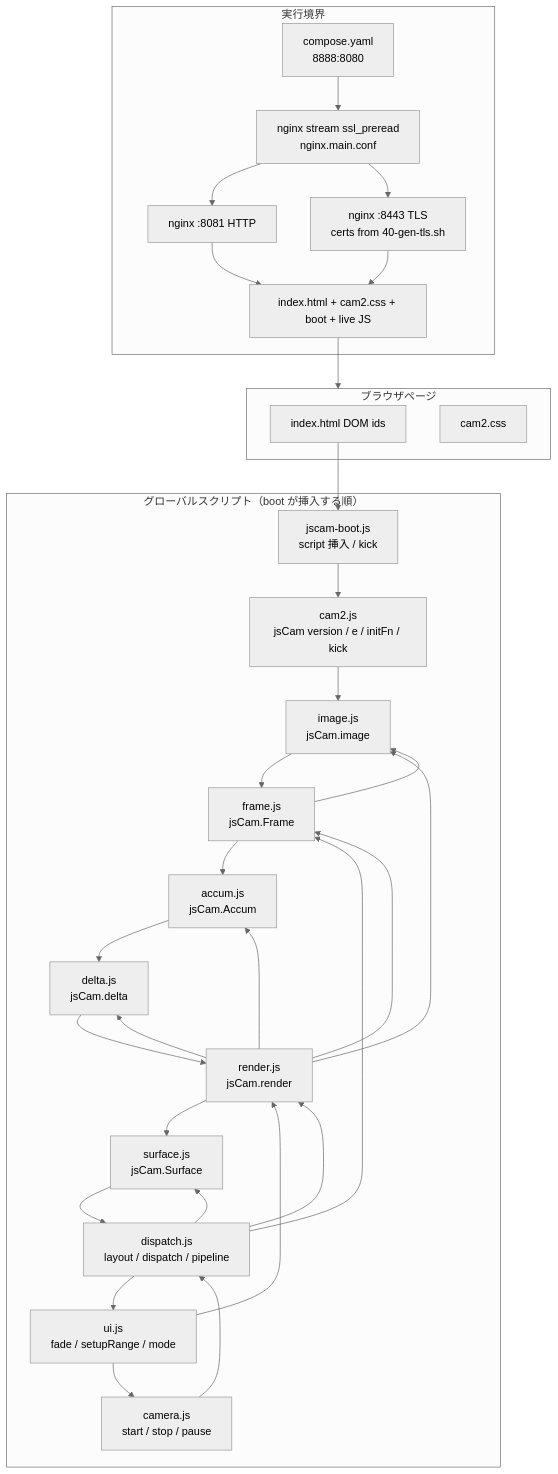
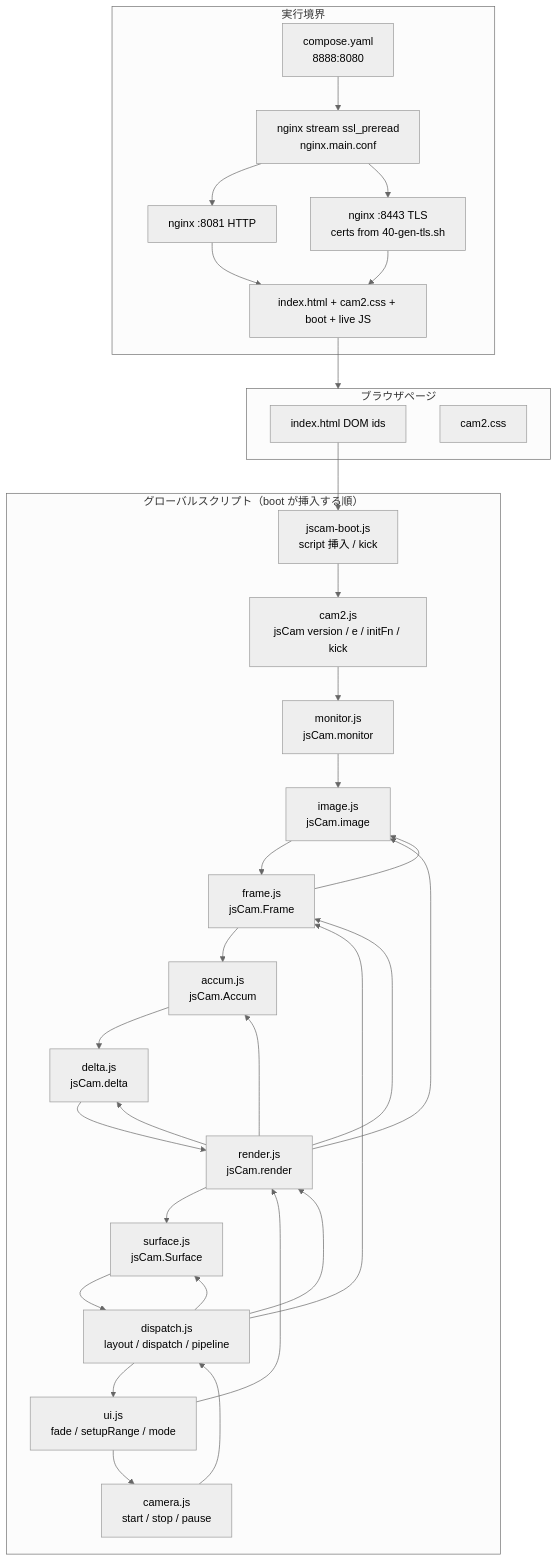
Before and after one commit to mfujimoto-code/JSCam: the first of 4 diagrams in jscam/cam2-design.md, drawn with Mermaid (neutral theme). The commit also changed other lines of this file and 1 other file, not shown here.

Commit message:
docs: sync design to monitor, convert, and drop UV:RG

````diff
--- a/jscam/cam2-design.md
+++ b/jscam/cam2-design.md
@@ -166,50 +167,51 @@
 ```mermaid
 flowchart TB
   subgraph Runtime["実行境界"]
     Compose["compose.yaml<br/>8888:8080"]
     Stream["nginx stream ssl_preread<br/>nginx.main.conf"]
     HTTP["nginx :8081 HTTP"]
     TLS["nginx :8443 TLS<br/>certs from 40-gen-tls.sh"]
     Static["index.html + cam2.css + boot + live JS"]
     Compose --> Stream
     Stream --> HTTP
     Stream --> TLS
     HTTP --> Static
     TLS --> Static
   end
 
   subgraph Page["ブラウザページ"]
     HTML["index.html DOM ids"]
     CSS["cam2.css"]
   end
 
   Static --> Page
 
   subgraph Scripts["グローバルスクリプト（boot が挿入する順）"]
     Boot["jscam-boot.js<br/>script 挿入 / kick"]
     Cam2["cam2.js<br/>jsCam version / e / initFn / kick"]
+    MonF["monitor.js<br/>jsCam.monitor"]
     ImageF["image.js<br/>jsCam.image"]
     FrameF["frame.js<br/>jsCam.Frame"]
     AccumF["accum.js<br/>jsCam.Accum"]
     DeltaF["delta.js<br/>jsCam.delta"]
     RenderF["render.js<br/>jsCam.render"]
     SurfF["surface.js<br/>jsCam.Surface"]
     DispF["dispatch.js<br/>layout / dispatch / pipeline"]
     UiF["ui.js<br/>fade / setupRange / mode"]
     CamF["camera.js<br/>start / stop / pause"]
-    Boot --> Cam2 --> ImageF --> FrameF --> AccumF --> DeltaF --> RenderF --> SurfF --> DispF --> UiF --> CamF
+    Boot --> Cam2 --> MonF --> ImageF --> FrameF --> AccumF --> DeltaF --> RenderF --> SurfF --> DispF --> UiF --> CamF
   end
 
   HTML --> Boot
 
   DispF --> RenderF
   DispF --> SurfF
   FrameF --> ImageF
   RenderF --> ImageF
   RenderF --> FrameF
   RenderF --> AccumF
   RenderF --> DeltaF
   DispF --> FrameF
   CamF --> DispF
   UiF --> RenderF
 ```
````
